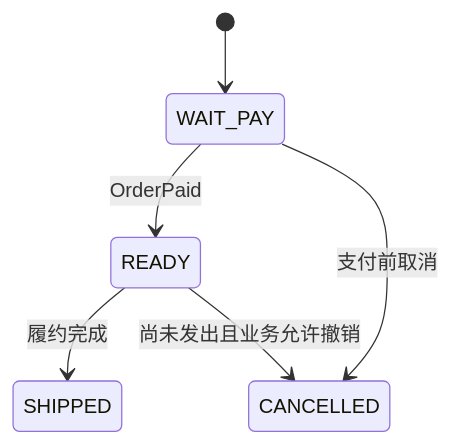
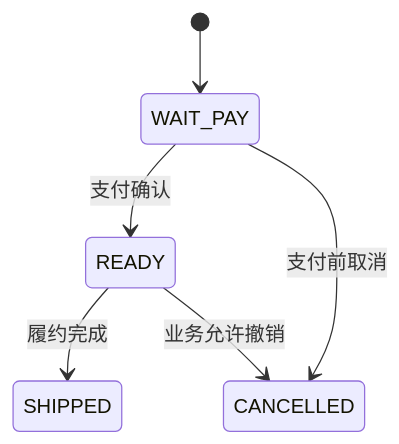
The fourth of 4 diagrams in doc/topics/outbox-rocketmq-inbox.md (suxiongwei/without-me), drawn with Mermaid before and after one commit. The commit also changed other lines of this file and 20 other files, not shown here.

````diff
--- a/doc/topics/outbox-rocketmq-inbox.md
+++ b/doc/topics/outbox-rocketmq-inbox.md
@@ -409,8 +137,8 @@
 ```mermaid
 stateDiagram-v2
     [*] --> WAIT_PAY
-    WAIT_PAY --> READY: OrderPaid
+    WAIT_PAY --> READY: 支付确认
     WAIT_PAY --> CANCELLED: 支付前取消
     READY --> SHIPPED: 履约完成
-    READY --> CANCELLED: 尚未发出且业务允许撤销
+    READY --> CANCELLED: 业务允许撤销
 ```
````
